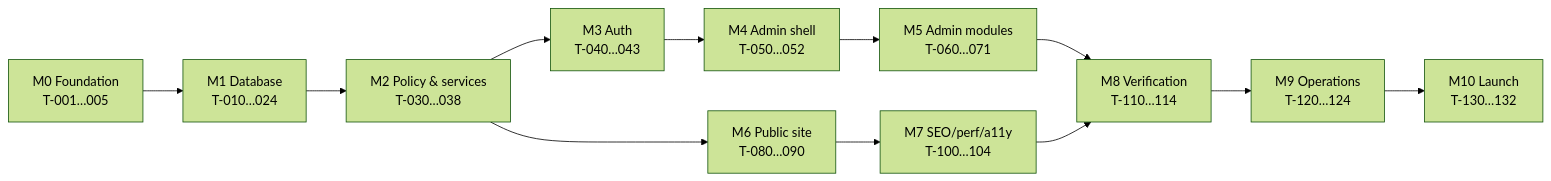
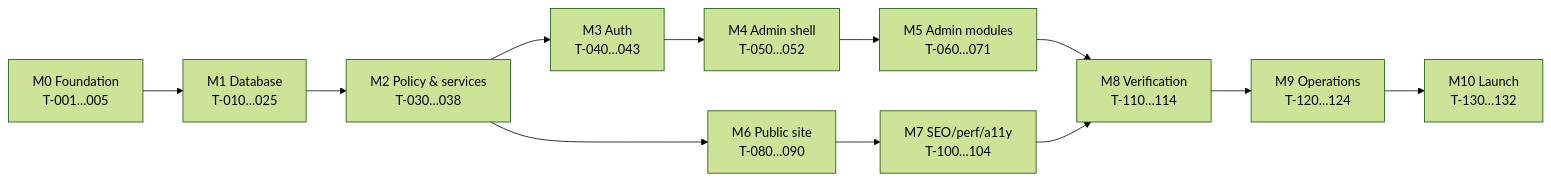
Before and after one commit to rk-rahyan698/Shifa_edu: the diagram in BUILD-TRACKER.md, drawn with Mermaid (forest theme). The commit also changed other lines of this file and 2 other files, not shown here.

````diff
--- a/BUILD-TRACKER.md
+++ b/BUILD-TRACKER.md
@@ -59,14 +59,14 @@
 ```mermaid
 graph LR
-    M0["M0 Foundation<br/>T-001…005"] --> M1["M1 Database<br/>T-010…024"]
+    M0["M0 Foundation<br/>T-001…005"] --> M1["M1 Database<br/>T-010…025"]
     M1 --> M2["M2 Policy & services<br/>T-030…038"]
     M2 --> M3["M3 Auth<br/>T-040…043"]
     M3 --> M4["M4 Admin shell<br/>T-050…052"]
     M4 --> M5["M5 Admin modules<br/>T-060…071"]
     M2 --> M6["M6 Public site<br/>T-080…090"]
     M6 --> M7["M7 SEO/perf/a11y<br/>T-100…104"]
     M5 --> M8["M8 Verification<br/>T-110…114"]
     M7 --> M8
     M8 --> M9["M9 Operations<br/>T-120…124"]
     M9 --> M10["M10 Launch<br/>T-130…132"]
 ```
````
